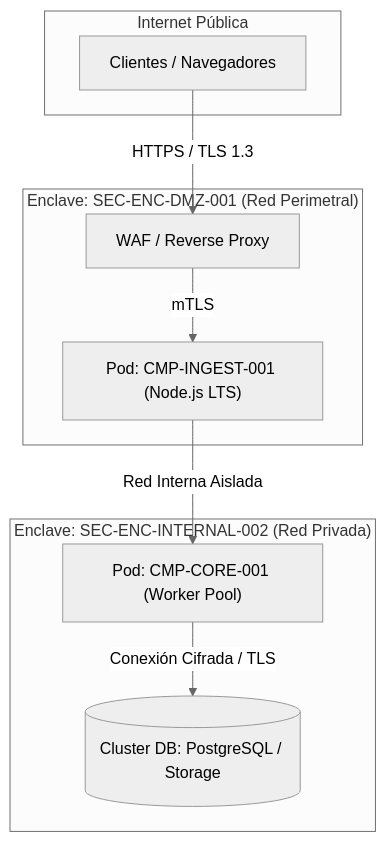
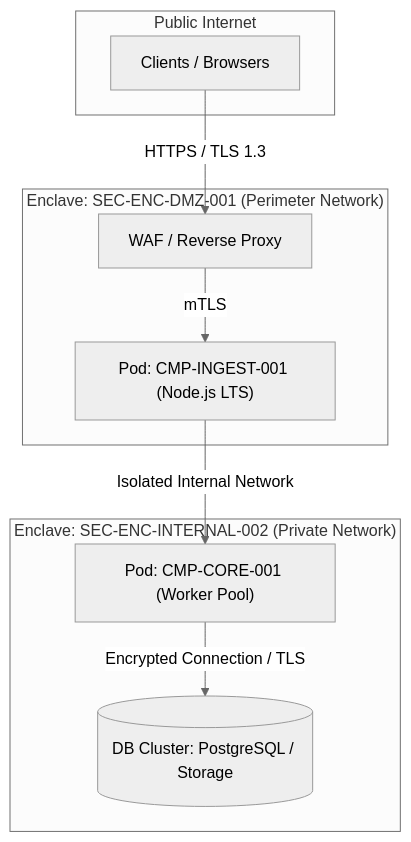
One commit to altromon/AI-SDLC changed the diagram in templates/architecture/deployment-view.template.md. Above: the diagram before and after it, drawn with Mermaid (neutral theme). The commit also changed other lines of this file and 125 other files, not shown here.

````diff
--- a/templates/architecture/deployment-view.template.md
+++ b/templates/architecture/deployment-view.template.md
@@ -26,21 +26,21 @@
 ```mermaid
 graph TD
-    subgraph Internet["Internet Pública"]
-        Users[Clientes / Navegadores]
+    subgraph Internet["Public Internet"]
+        Users[Clients / Browsers]
     end
 
-    subgraph EnclaveDMZ["Enclave: SEC-ENC-DMZ-001 (Red Perimetral)"]
+    subgraph EnclaveDMZ["Enclave: SEC-ENC-DMZ-001 (Perimeter Network)"]
         WAF[WAF / Reverse Proxy]
         IngestService["Pod: CMP-INGEST-001 (Node.js LTS)"]
     end
 
-    subgraph EnclaveInternal["Enclave: SEC-ENC-INTERNAL-002 (Red Privada)"]
+    subgraph EnclaveInternal["Enclave: SEC-ENC-INTERNAL-002 (Private Network)"]
         CoreService["Pod: CMP-CORE-001 (Worker Pool)"]
-        DB[(Cluster DB: PostgreSQL / Storage)]
+        DB[(DB Cluster: PostgreSQL / Storage)]
     end
 
     Users -->|HTTPS / TLS 1.3| WAF
     WAF -->|mTLS| IngestService
-    IngestService -->|Red Interna Aislada| CoreService
-    CoreService -->|Conexión Cifrada / TLS| DB
+    IngestService -->|Isolated Internal Network| CoreService
+    CoreService -->|Encrypted Connection / TLS| DB
 ```
````
